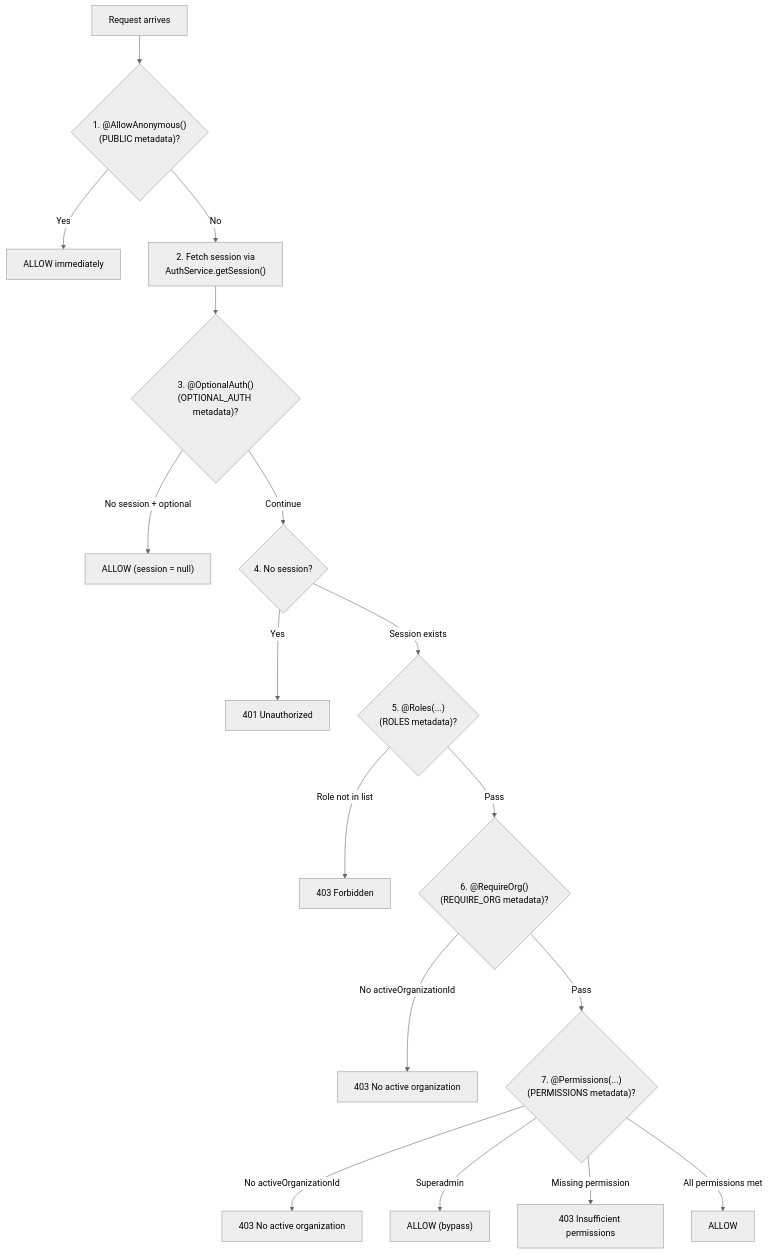
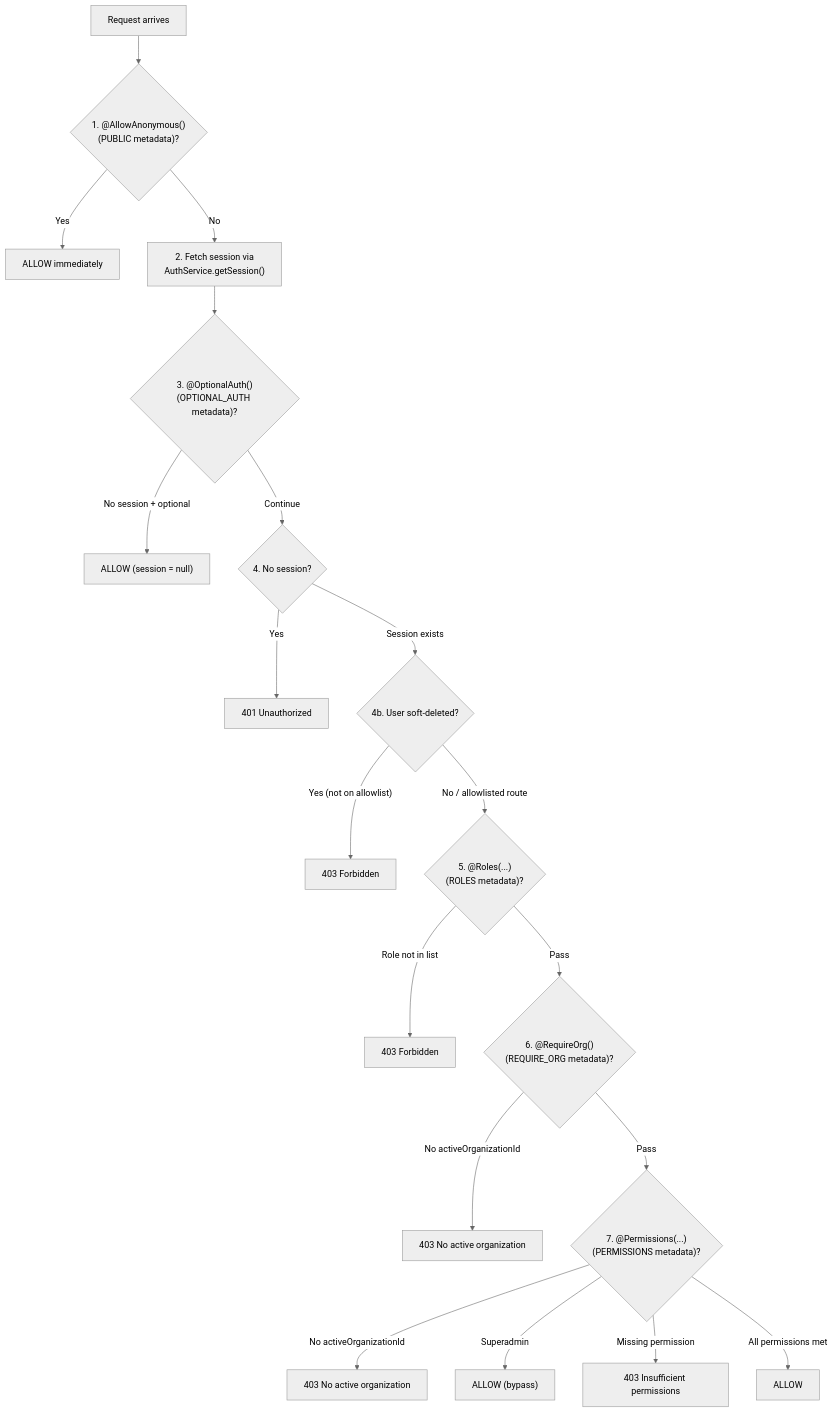
One commit to MickaelV0/roxabi_boilerplate changed the second of 2 diagrams in docs/architecture/auth-security.mdx. Above: the diagram before and after it, drawn with Mermaid (neutral theme). The commit also changed other lines of this file and 25 other files, not shown here.

````diff
--- a/docs/architecture/auth-security.mdx
+++ b/docs/architecture/auth-security.mdx
@@ -130,19 +130,21 @@
 ```mermaid
 flowchart TD
     REQ["Request arrives"] --> C1{"1. @AllowAnonymous()<br/>(PUBLIC metadata)?"}
     C1 -- Yes --> ALLOW1["ALLOW immediately"]
     C1 -- No --> C2["2. Fetch session via<br/>AuthService.getSession()"]
     C2 --> C3{"3. @OptionalAuth()<br/>(OPTIONAL_AUTH metadata)?"}
     C3 -- "No session + optional" --> ALLOW2["ALLOW (session = null)"]
     C3 -- "Continue" --> C4{"4. No session?"}
     C4 -- Yes --> DENY1["401 Unauthorized"]
-    C4 -- "Session exists" --> C5{"5. @Roles(...)<br/>(ROLES metadata)?"}
+    C4 -- "Session exists" --> C4B{"4b. User soft-deleted?"}
+    C4B -- "Yes (not on allowlist)" --> DENY1B["403 Forbidden"]
+    C4B -- "No / allowlisted route" --> C5{"5. @Roles(...)<br/>(ROLES metadata)?"}
     C5 -- "Role not in list" --> DENY2["403 Forbidden"]
     C5 -- Pass --> C6{"6. @RequireOrg()<br/>(REQUIRE_ORG metadata)?"}
     C6 -- "No activeOrganizationId" --> DENY3["403 No active organization"]
     C6 -- Pass --> C7{"7. @Permissions(...)<br/>(PERMISSIONS metadata)?"}
     C7 -- "No activeOrganizationId" --> DENY4["403 No active organization"]
     C7 -- "Superadmin" --> ALLOW3["ALLOW (bypass)"]
     C7 -- "Missing permission" --> DENY5["403 Insufficient permissions"]
     C7 -- "All permissions met" --> ALLOW4["ALLOW"]
 ```
````
